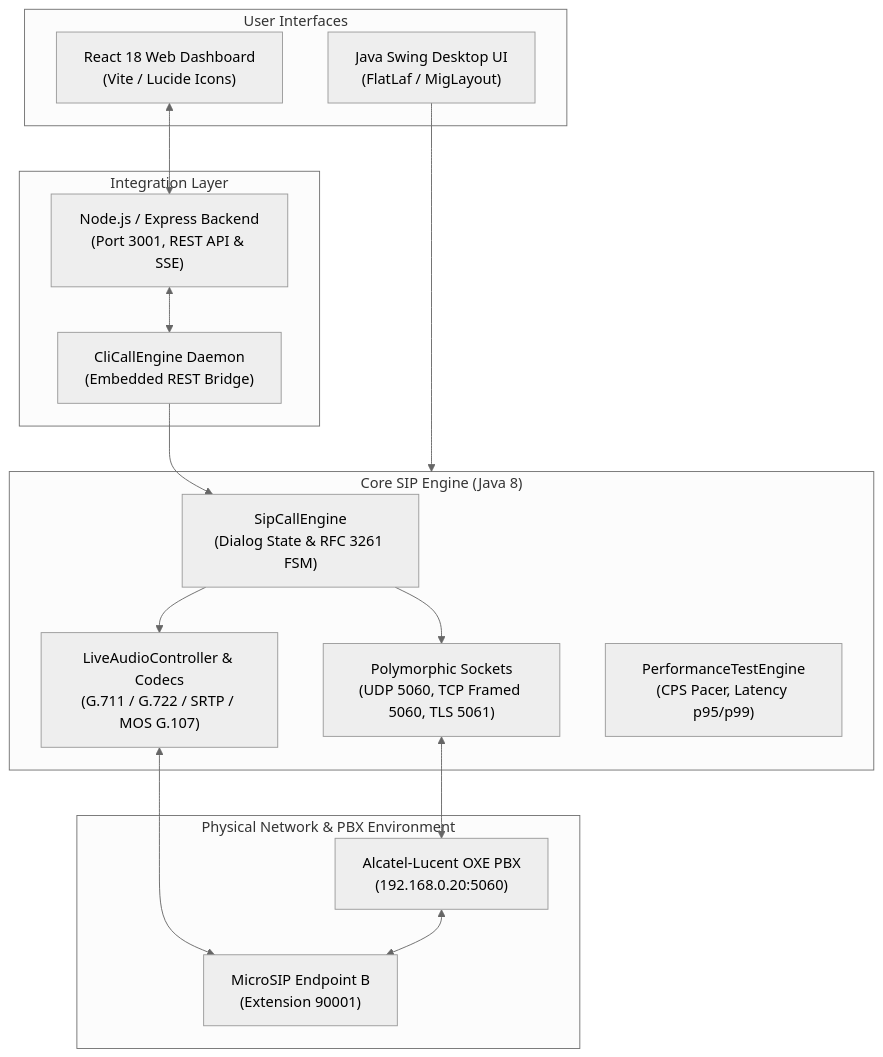
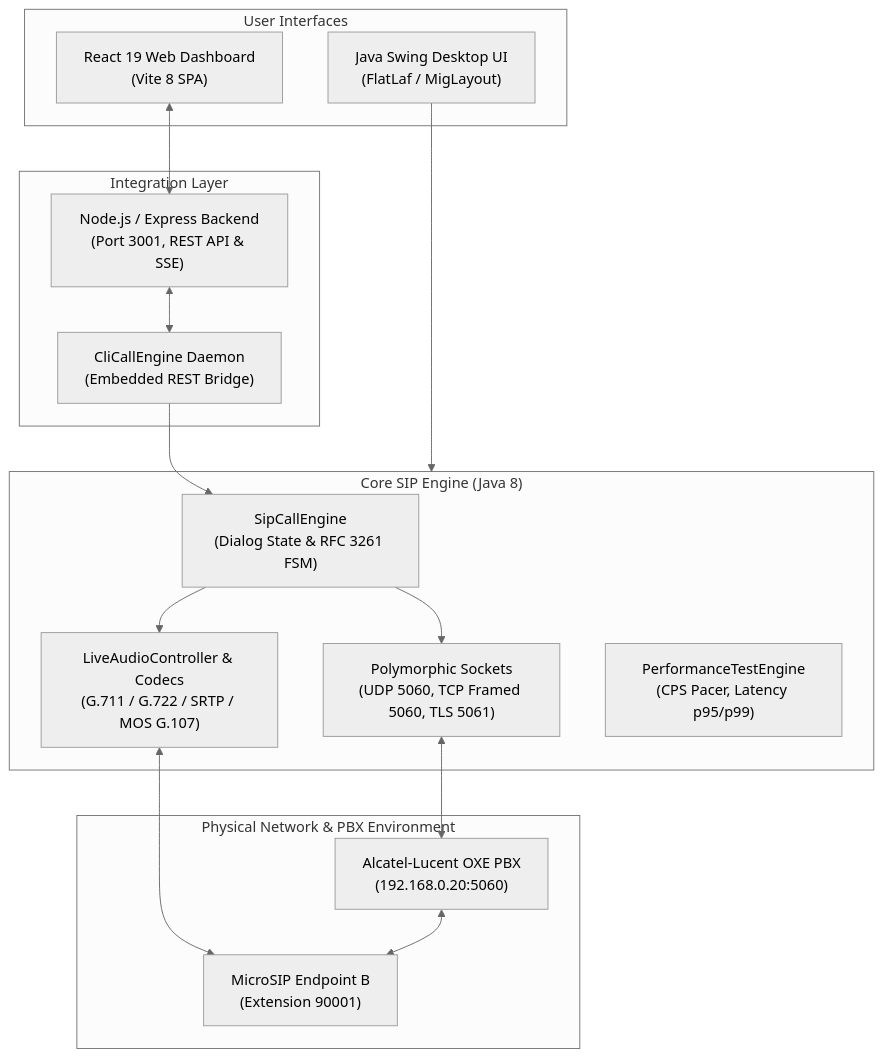
One commit to Praveen-Aj/SIP-Simulator-v4 changed the diagram in README.md. Above: the diagram before and after it, drawn with Mermaid (neutral theme). The commit also changed other lines of this file and 7 other files, not shown here.

````diff
--- a/README.md
+++ b/README.md
@@ -52,34 +52,34 @@
 ```mermaid
 flowchart TD
     subgraph UI ["User Interfaces"]
         SwingGUI["Java Swing Desktop UI<br/>(FlatLaf / MigLayout)"]
-        ReactUI["React 18 Web Dashboard<br/>(Vite / Lucide Icons)"]
+        ReactUI["React 19 Web Dashboard<br/>(Vite 8 SPA)"]
     end
 
     subgraph Server ["Integration Layer"]
         ExpressServer["Node.js / Express Backend<br/>(Port 3001, REST API & SSE)"]
         CliDaemon["CliCallEngine Daemon<br/>(Embedded REST Bridge)"]
     end
 
     subgraph CoreEngine ["Core SIP Engine (Java 8)"]
         SipCallEngine["SipCallEngine<br/>(Dialog State & RFC 3261 FSM)"]
         SocketLayer["Polymorphic Sockets<br/>(UDP 5060, TCP Framed 5060, TLS 5061)"]
         MediaPipeline["LiveAudioController & Codecs<br/>(G.711 / G.722 / SRTP / MOS G.107)"]
         PerformanceEngine["PerformanceTestEngine<br/>(CPS Pacer, Latency p95/p99)"]
     end
 
     subgraph TargetPBX ["Physical Network & PBX Environment"]
         OXE["Alcatel-Lucent OXE PBX<br/>(192.168.0.20:5060)"]
         MicroSIP["MicroSIP Endpoint B<br/>(Extension 90001)"]
     end
 
     SwingGUI --> CoreEngine
     ReactUI <--> ExpressServer
     ExpressServer <--> CliDaemon
     CliDaemon --> SipCallEngine
     SipCallEngine --> SocketLayer
     SipCallEngine --> MediaPipeline
     SocketLayer <--> OXE
     MediaPipeline <--> MicroSIP
     OXE <--> MicroSIP
 ```
````
